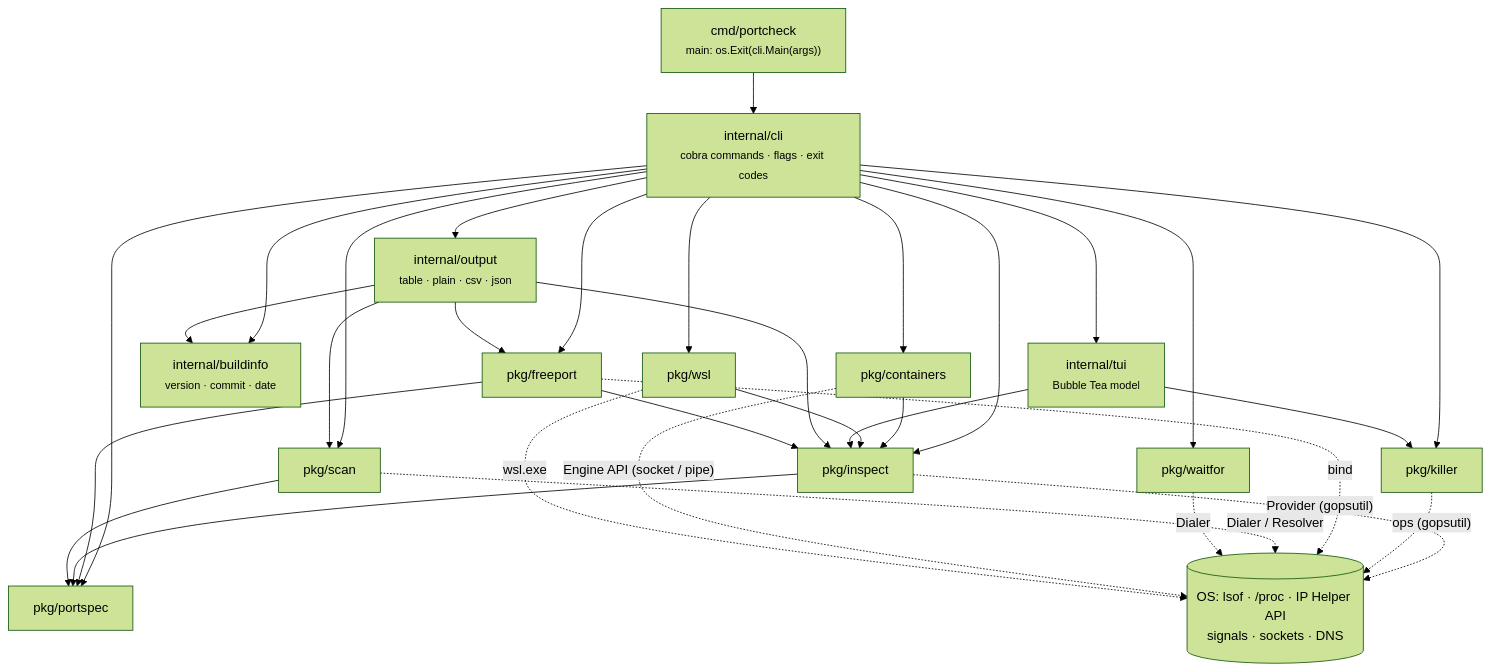
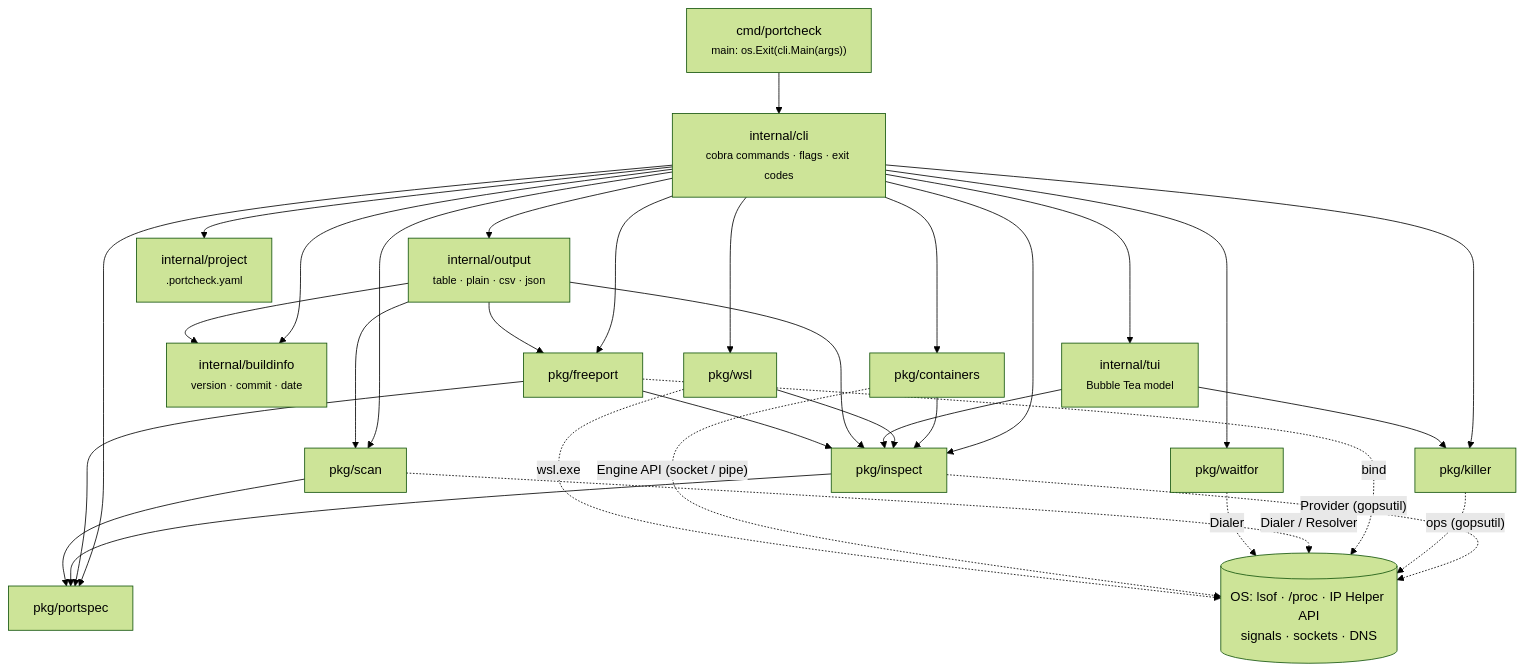
Before and after one commit to roystondwork-dev/portcheck: the first of 2 diagrams in docs/architecture.md, drawn with Mermaid (forest theme). The commit also changed other lines of this file and 13 other files, not shown here.

Commit message:
docs: document .portcheck.yaml and doctor; publish the config JSON Schema

````diff
--- a/docs/architecture.md
+++ b/docs/architecture.md
@@ -5,37 +5,38 @@
 ```mermaid
 flowchart TD
     main["cmd/portcheck<br/><small>main: os.Exit(cli.Main(args))</small>"]
     cli["internal/cli<br/><small>cobra commands · flags · exit codes</small>"]
     out["internal/output<br/><small>table · plain · csv · json</small>"]
     tui["internal/tui<br/><small>Bubble Tea model</small>"]
     bi["internal/buildinfo<br/><small>version · commit · date</small>"]
+    proj["internal/project<br/><small>.portcheck.yaml</small>"]
     portspec["pkg/portspec"]
     inspect["pkg/inspect"]
     freeport["pkg/freeport"]
     killer["pkg/killer"]
     scan["pkg/scan"]
     waitfor["pkg/waitfor"]
     containers["pkg/containers"]
     wslpkg["pkg/wsl"]
     os[("OS: lsof · /proc · IP Helper API<br/>signals · sockets · DNS")]
 
     main --> cli
-    cli --> out & tui & bi
+    cli --> out & tui & bi & proj
     out --> bi
     cli --> portspec & inspect & freeport & killer & scan & waitfor & containers
     containers --> inspect
     cli --> wslpkg
     wslpkg --> inspect
     tui --> inspect & killer
     out --> inspect & freeport & scan
     freeport --> inspect & portspec
     inspect --> portspec
     scan --> portspec
     inspect -. "Provider (gopsutil)" .-> os
     killer -. "ops (gopsutil)" .-> os
     freeport -. "bind" .-> os
     scan -. "Dialer / Resolver" .-> os
     waitfor -. "Dialer" .-> os
     containers -. "Engine API (socket / pipe)" .-> os
     wslpkg -. "wsl.exe" .-> os
 ```
````
